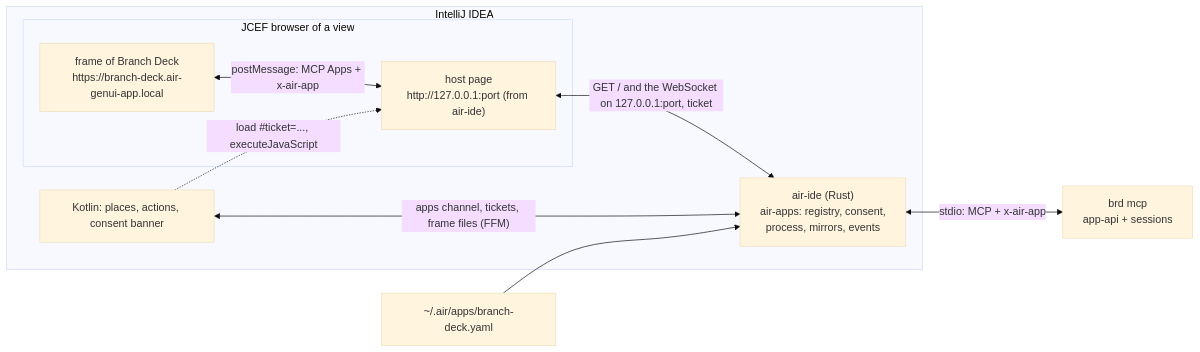
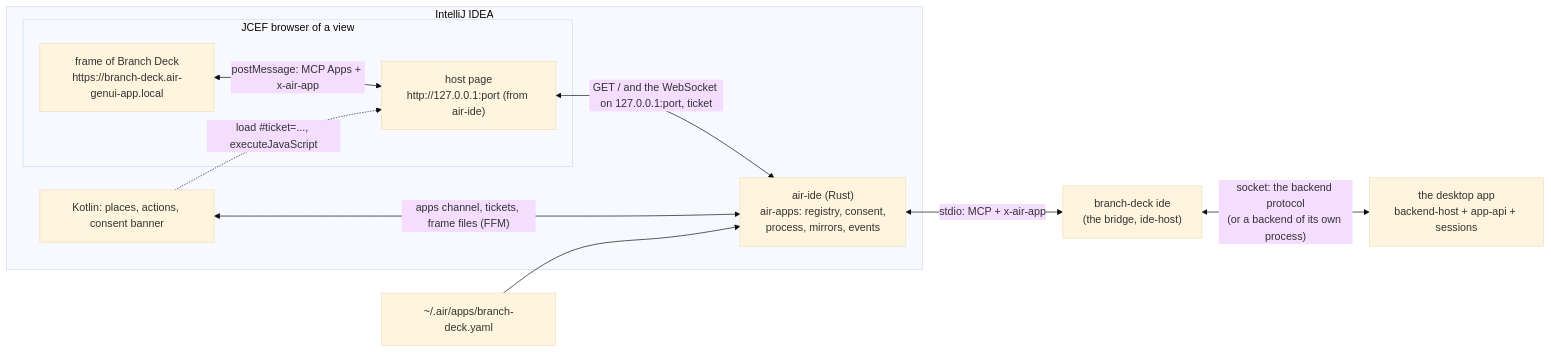
The first of 2 diagrams in docs/design/ide-embedding.md (develar/branch-deck), drawn with Mermaid (base theme) before and after one commit. The commit also changed other lines of this file and 77 other files, not shown here.

````diff
--- a/docs/design/ide-embedding.md
+++ b/docs/design/ide-embedding.md
@@ -38,19 +41,21 @@
 ```mermaid
 flowchart LR
     subgraph IDE["IntelliJ IDEA"]
         K["Kotlin: places, actions, consent banner"]
         subgraph JCEF["JCEF browser of a view"]
             H["host page<br/>http://127.0.0.1:port (from air-ide)"]
             F["frame of Branch Deck<br/>https://branch-deck.air-genui-app.local"]
         end
         A["air-ide (Rust)<br/>air-apps: registry, consent,<br/>process, mirrors, events"]
     end
-    B["brd mcp<br/>app-api + sessions"]
+    B["branch-deck ide<br/>(the bridge, ide-host)"]
+    D["the desktop app<br/>backend-host + app-api + sessions"]
     Y["~/.air/apps/branch-deck.yaml"]
     F <-- "postMessage: MCP Apps + x-air-app" --> H
     H <-- "GET / and the WebSocket on 127.0.0.1:port, ticket" --> A
     A <-- "stdio: MCP + x-air-app" --> B
+    B <-- "socket: the backend protocol<br/>(or a backend of its own process)" --> D
     K <-- "apps channel, tickets, frame files (FFM)" --> A
     K -. "load #ticket=..., executeJavaScript" .-> H
     Y --> A
 ```
````
